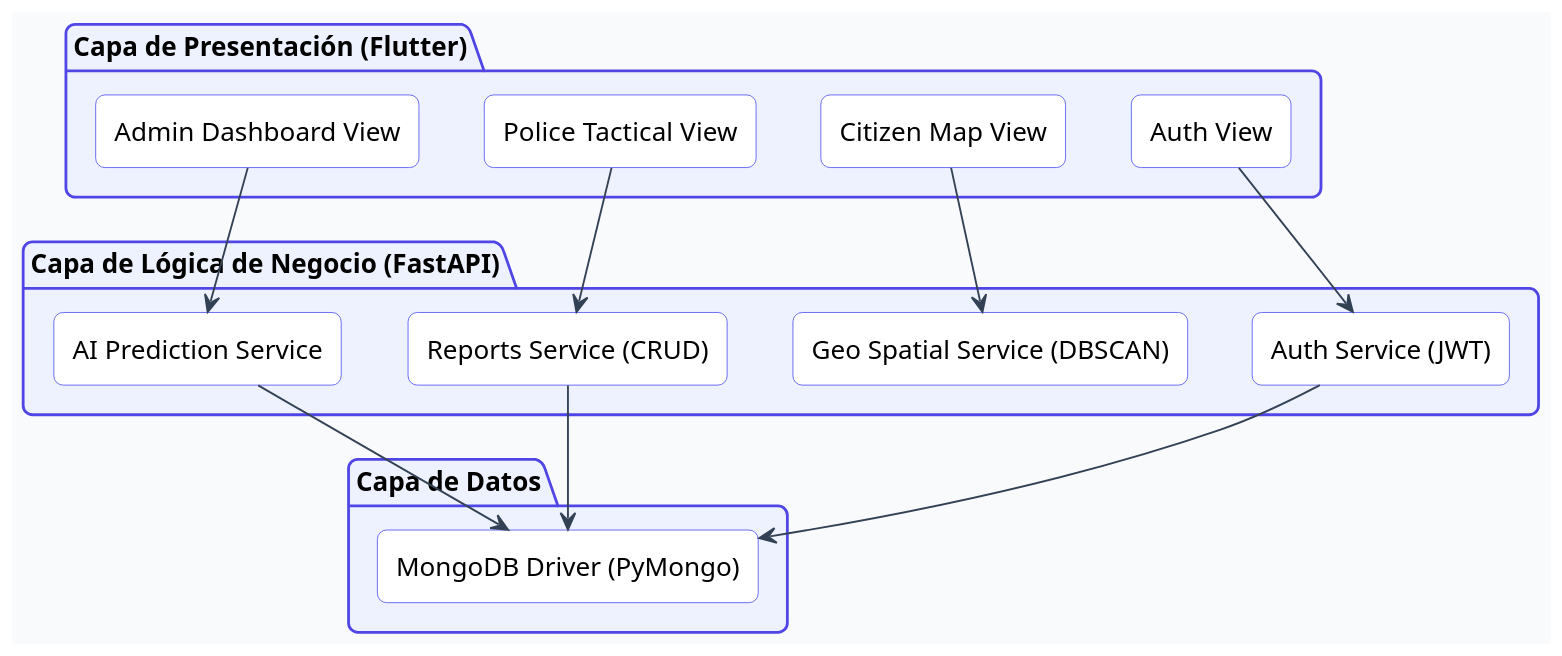
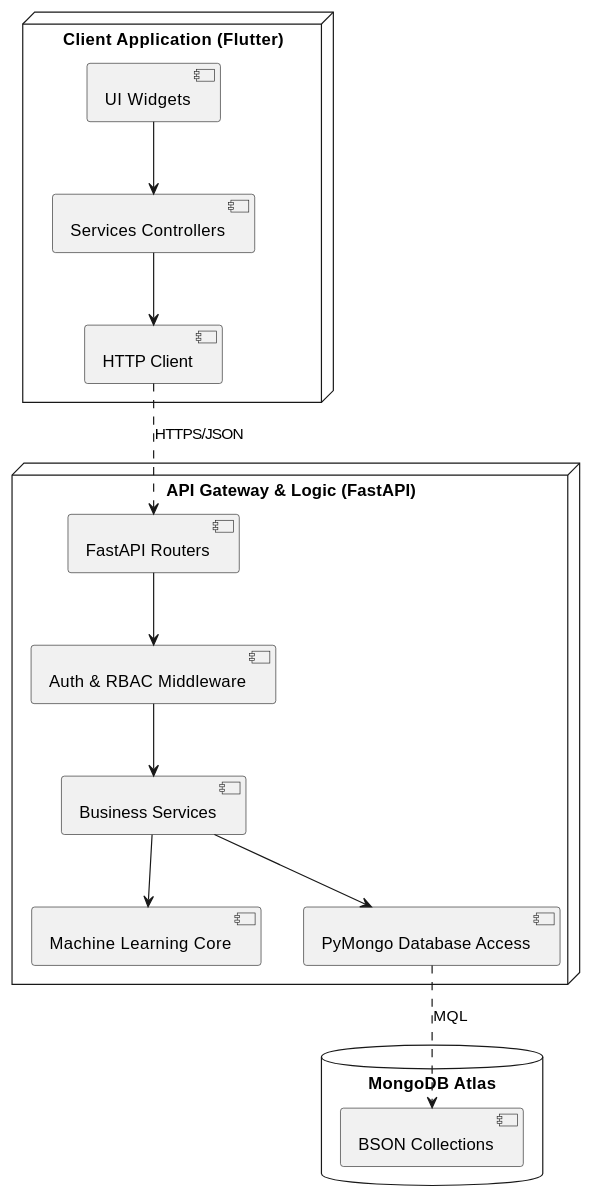
The second of 10 diagrams in docs/FD04-EPIS-Informe SAD de Proyecto.md (pieroalexanderppc/sgeo_pp), drawn with PlantUML before and after one commit. The commit also changed other lines of this file and 1 other file, not shown here.

````diff
--- a/docs/FD04-EPIS-Informe SAD de Proyecto.md
+++ b/docs/FD04-EPIS-Informe SAD de Proyecto.md
@@ -162,41 +190,19 @@
 ```plantuml
 @startuml
 skinparam shadowing false
-skinparam roundcorner 10
-skinparam dpi 150
-skinparam defaultFontName Segoe UI
-skinparam backgroundColor #F8FAFC
-skinparam ArrowColor #334155
-skinparam PackageBackgroundColor #EEF2FF
-skinparam PackageBorderColor #4F46E5
-skinparam ComponentBackgroundColor #FFFFFF
-skinparam ComponentBorderColor #6366F1
-skinparam componentStyle rectangle
-
-package "Capa de Presentación (Flutter)" {
-  [Auth View]
-  [Citizen Map View]
-  [Police Tactical View]
-  [Admin Dashboard View]
+node "Client Application (Flutter)" {
+  [UI Widgets] --> [Services Controllers]
+  [Services Controllers] --> [HTTP Client]
 }
-
-package "Capa de Lógica de Negocio (FastAPI)" {
-  [Auth Service (JWT)]
-  [Reports Service (CRUD)]
-  [AI Prediction Service]
-  [Geo Spatial Service (DBSCAN)]
+node "API Gateway & Logic (FastAPI)" {
+  [HTTP Client] ..> [FastAPI Routers] : HTTPS/JSON
+  [FastAPI Routers] --> [Auth & RBAC Middleware]
+  [Auth & RBAC Middleware] --> [Business Services]
+  [Business Services] --> [Machine Learning Core]
+  [Business Services] --> [PyMongo Database Access]
 }
-
-package "Capa de Datos" {
-  [MongoDB Driver (PyMongo)]
+database "MongoDB Atlas" {
+  [PyMongo Database Access] ..> [BSON Collections] : MQL
 }
-
-[Auth View] --> [Auth Service (JWT)]
-[Citizen Map View] --> [Geo Spatial Service (DBSCAN)]
-[Police Tactical View] --> [Reports Service (CRUD)]
-[Admin Dashboard View] --> [AI Prediction Service]
-[Auth Service (JWT)] --> [MongoDB Driver (PyMongo)]
-[Reports Service (CRUD)] --> [MongoDB Driver (PyMongo)]
-[AI Prediction Service] --> [MongoDB Driver (PyMongo)]
 @enduml
 ```
````
